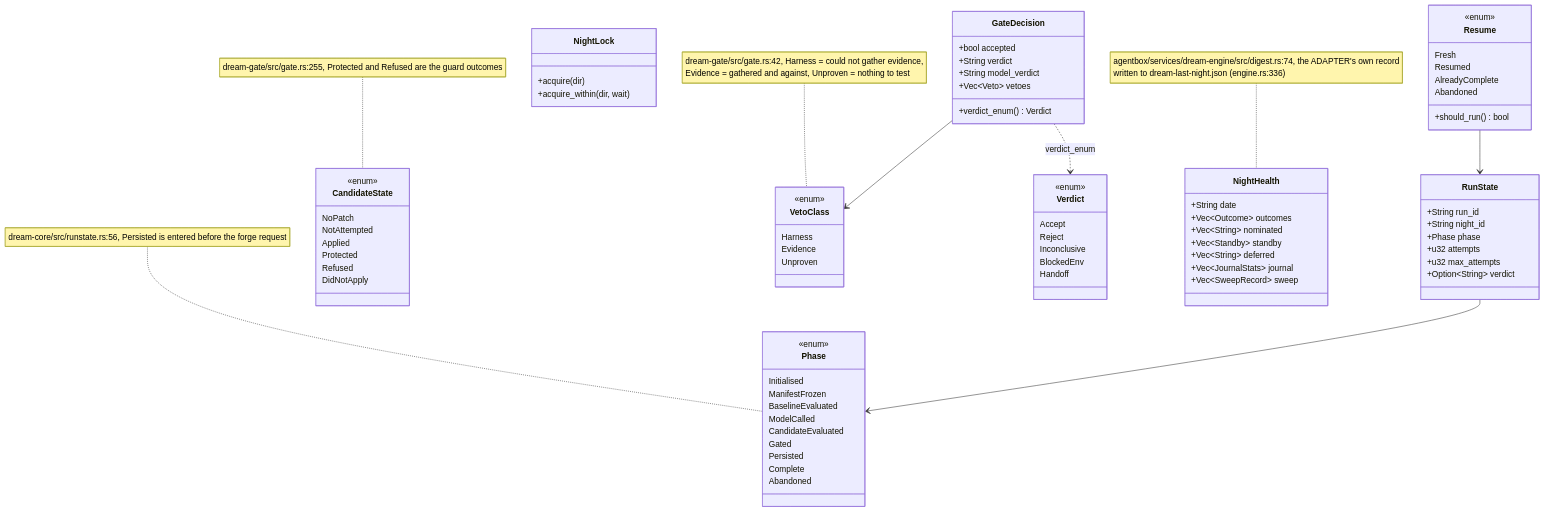
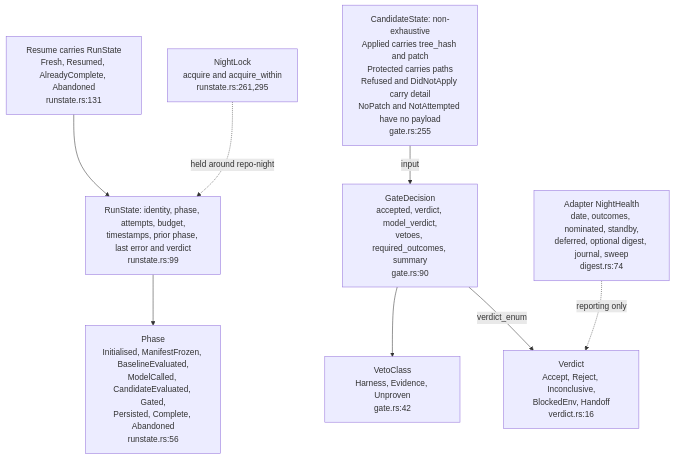
One commit to DreamLab-AI/VisionFlow changed the eighth of 24 diagrams in docs/diagrams/agentbox/23-dream-engine.md. Above: the diagram before and after it, drawn with Mermaid. The commit also changed other lines of this file and 24 other files, not shown here.

````diff
--- a/docs/diagrams/agentbox/23-dream-engine.md
+++ b/docs/diagrams/agentbox/23-dream-engine.md
@@ -364,82 +309,19 @@
 ```mermaid
-classDiagram
-    class RunState {
-        +String run_id
-        +String night_id
-        +Phase phase
-        +u32 attempts
-        +u32 max_attempts
-        +Option~String~ verdict
-    }
-    class Phase {
-        <<enum>>
-        Initialised
-        ManifestFrozen
-        BaselineEvaluated
-        ModelCalled
-        CandidateEvaluated
-        Gated
-        Persisted
-        Complete
-        Abandoned
-    }
-    class Resume {
-        <<enum>>
-        Fresh
-        Resumed
-        AlreadyComplete
-        Abandoned
-        +should_run() bool
-    }
-    class NightLock {
-        +acquire(dir)
-        +acquire_within(dir, wait)
-    }
-    class CandidateState {
-        <<enum>>
-        NoPatch
-        NotAttempted
-        Applied
-        Protected
-        Refused
-        DidNotApply
-    }
-    class GateDecision {
-        +bool accepted
-        +String verdict
-        +String model_verdict
-        +Vec~Veto~ vetoes
-        +verdict_enum() Verdict
-    }
-    class VetoClass {
-        <<enum>>
-        Harness
-        Evidence
-        Unproven
-    }
-    class Verdict {
-        <<enum>>
-        Accept
-        Reject
-        Inconclusive
-        BlockedEnv
-        Handoff
-    }
-    class NightHealth {
-        +String date
-        +Vec~Outcome~ outcomes
-        +Vec~String~ nominated
-        +Vec~Standby~ standby
-        +Vec~String~ deferred
-        +Vec~JournalStats~ journal
-        +Vec~SweepRecord~ sweep
-    }
-    RunState --> Phase
-    Resume --> RunState
-    GateDecision --> VetoClass
-    GateDecision ..> Verdict : verdict_enum
-    note for Phase "dream-core/src/runstate.rs:56, Persisted is entered before the forge request"
-    note for CandidateState "dream-gate/src/gate.rs:255, Protected and Refused are the guard outcomes"
-    note for VetoClass "dream-gate/src/gate.rs:42, Harness = could not gather evidence,<br/>Evidence = gathered and against, Unproven = nothing to test"
-    note for NightHealth "agentbox/services/dream-engine/src/digest.rs:74, the ADAPTER's own record<br/>written to dream-last-night.json (engine.rs:336)"
+flowchart TB
+    RS["RunState: identity, phase, attempts, budget,<br/>timestamps, prior phase, last error and verdict<br/>runstate.rs:99"]
+    PH["Phase<br/>Initialised, ManifestFrozen, BaselineEvaluated,<br/>ModelCalled, CandidateEvaluated, Gated,<br/>Persisted, Complete, Abandoned<br/>runstate.rs:56"]
+    RES["Resume carries RunState<br/>Fresh, Resumed, AlreadyComplete, Abandoned<br/>runstate.rs:131"]
+    LOCK["NightLock<br/>acquire and acquire_within<br/>runstate.rs:261,295"]
+    CS["CandidateState: non-exhaustive<br/>Applied carries tree_hash and patch<br/>Protected carries paths<br/>Refused and DidNotApply carry detail<br/>NoPatch and NotAttempted have no payload<br/>gate.rs:255"]
+    GD["GateDecision<br/>accepted, verdict, model_verdict,<br/>vetoes, required_outcomes, summary<br/>gate.rs:90"]
+    VC["VetoClass<br/>Harness, Evidence, Unproven<br/>gate.rs:42"]
+    V["Verdict<br/>Accept, Reject, Inconclusive,<br/>BlockedEnv, Handoff<br/>verdict.rs:16"]
+    NH["Adapter NightHealth<br/>date, outcomes, nominated, standby,<br/>deferred, optional digest, journal, sweep<br/>digest.rs:74"]
+    RES --> RS
+    RS --> PH
+    CS -->|input| GD
+    GD --> VC
+    GD -->|verdict_enum| V
+    LOCK -.->|held around repo-night| RS
+    NH -.->|reporting only| V
 ```
````
